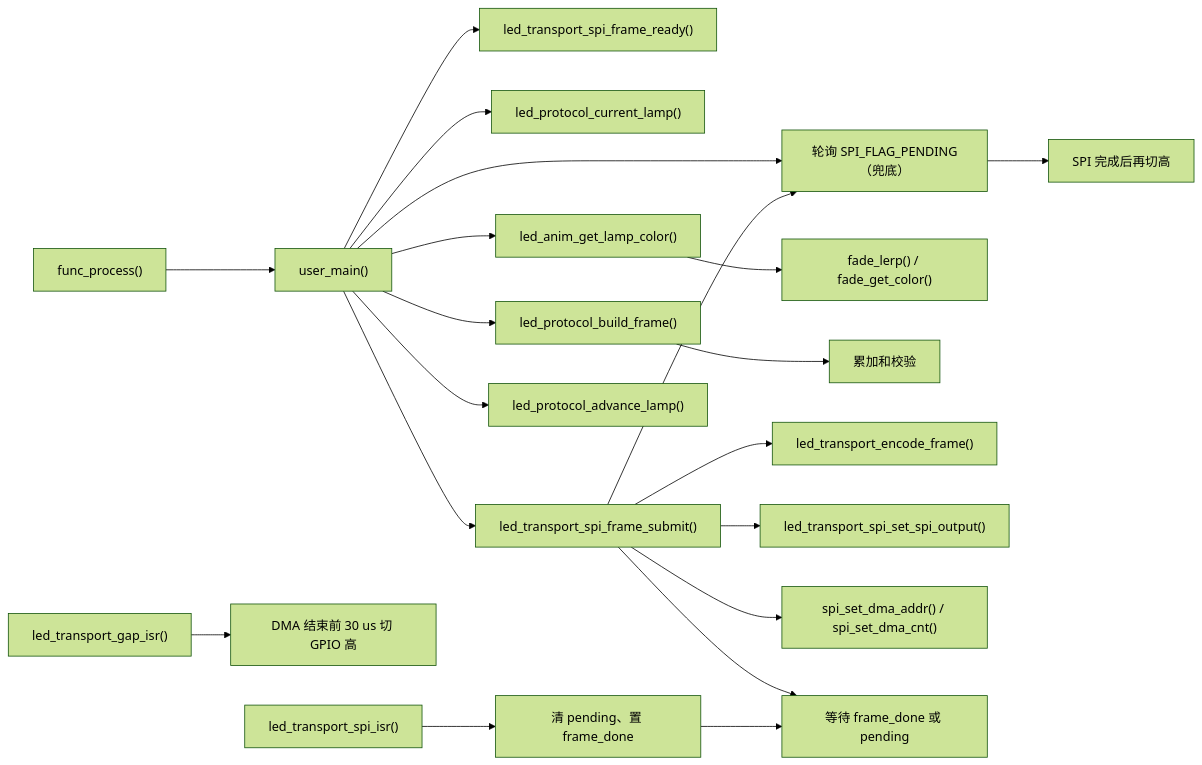
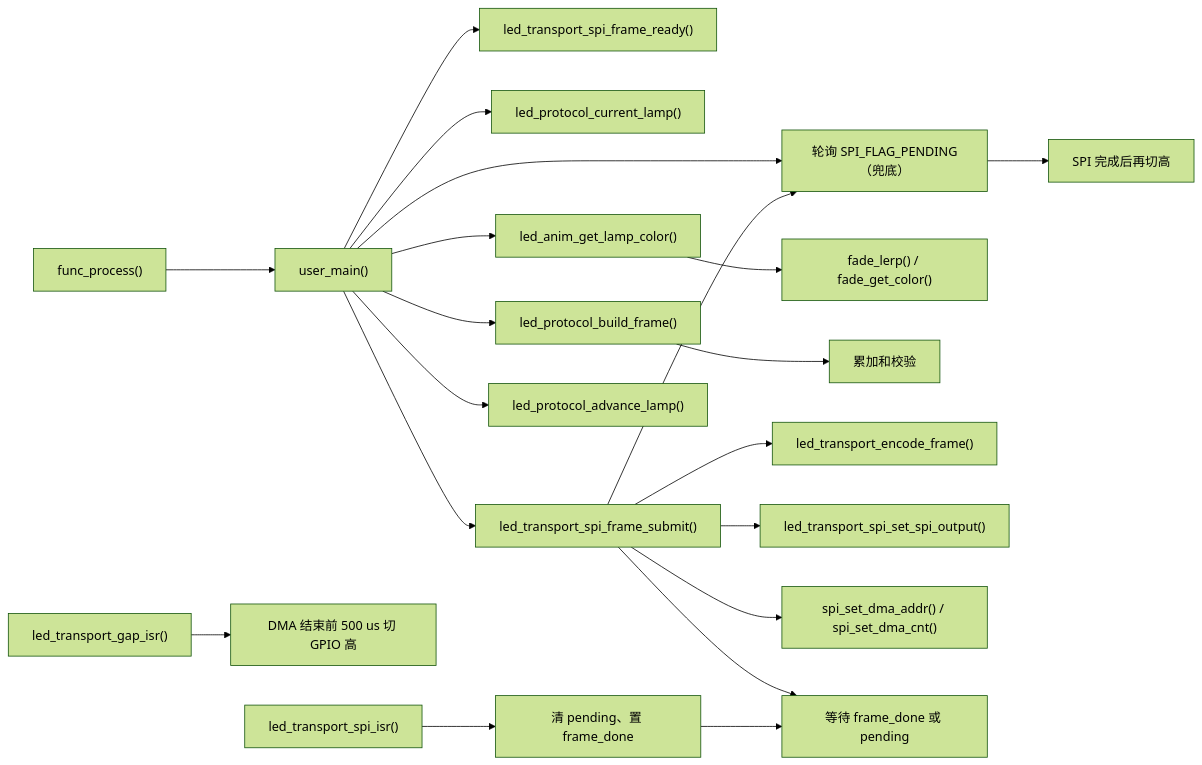
The second of 6 diagrams in docs/LED三层架构与调用逻辑.md (voidobserve/project-2026-10-22-AB2027A3-SOP16), drawn with Mermaid (forest theme) before and after one commit. The commit also changed other lines of this file and 3 other files, not shown here.

First line of the commit message:
fix(led): TMR1 提前切高改为 500 us 并改寄存器操作，恢复蓝牙功能

````diff
--- a/docs/LED三层架构与调用逻辑.md
+++ b/docs/LED三层架构与调用逻辑.md
@@ -128,26 +128,26 @@
 ```mermaid
 flowchart LR
     FUNC["func_process()"] --> UM["user_main()"]
 
     UM --> POLL["led_transport_spi_frame_poll()"]
     UM --> READY["led_transport_spi_frame_ready()"]
     UM --> LAMP["led_protocol_current_lamp()"]
     UM --> COL["led_anim_get_lamp_color()"]
     UM --> BUILD["led_protocol_build_frame()"]
     UM --> SUBMIT["led_transport_spi_frame_submit()"]
     UM --> ADV["led_protocol_advance_lamp()"]
 
     COL --> FADE["fade_lerp() / fade_get_color()"]
 
     BUILD --> CHK["累加和校验"]
 
     SUBMIT --> ENC["led_transport_encode_frame()"]
     SUBMIT --> MAP["led_transport_spi_set_spi_output()"]
     SUBMIT --> DMA["spi_set_dma_addr() / spi_set_dma_cnt()"]
     SUBMIT --> WAIT["等待 frame_done 或 pending"]
-    TMR1ISR["led_transport_gap_isr()"] --> GAP["DMA 结束前 30 us 切 GPIO 高"]
+    TMR1ISR["led_transport_gap_isr()"] --> GAP["DMA 结束前 500 us 切 GPIO 高"]
     SPIISR["led_transport_spi_isr()"] --> DONE["清 pending、置 frame_done"]
     DONE --> WAIT
     SUBMIT --> POLL["轮询 SPI_FLAG_PENDING（兜底）"]
     POLL --> IDLE["SPI 完成后再切高"]
 ```
````
